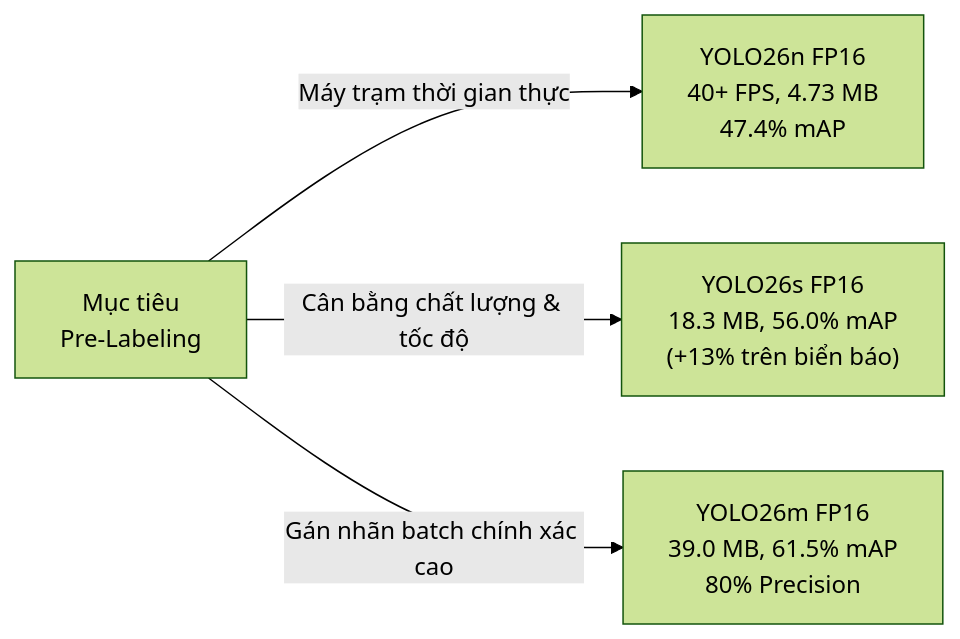
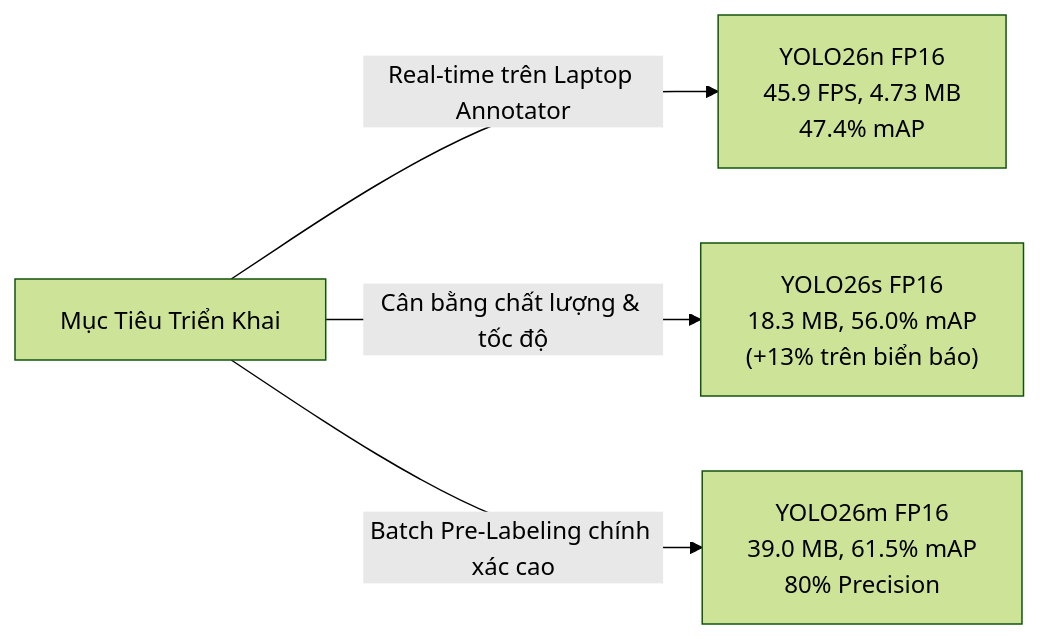
One commit to ManhLD424/M38-Edge-PreLabeling changed the second of 2 diagrams in README.md. Above: the diagram before and after it, drawn with Mermaid (forest theme). The commit also changed other lines of this file and 28 other files, not shown here.

````diff
--- a/README.md
+++ b/README.md
@@ -260,6 +236,6 @@
 ```mermaid
 graph LR
-    Need["Mục tiêu\nPre-Labeling"] -->|"Máy trạm thời gian thực"| R1["YOLO26n FP16\n40+ FPS, 4.73 MB\n47.4% mAP"]
+    Need["Mục Tiêu Triển Khai"] -->|"Real-time trên Laptop Annotator"| R1["YOLO26n FP16\n45.9 FPS, 4.73 MB\n47.4% mAP"]
     Need -->|"Cân bằng chất lượng & tốc độ"| R2["YOLO26s FP16\n18.3 MB, 56.0% mAP\n(+13% trên biển báo)"]
-    Need -->|"Gán nhãn batch chính xác cao"| R3["YOLO26m FP16\n39.0 MB, 61.5% mAP\n80% Precision"]
+    Need -->|"Batch Pre-Labeling chính xác cao"| R3["YOLO26m FP16\n39.0 MB, 61.5% mAP\n80% Precision"]
 ```
````
